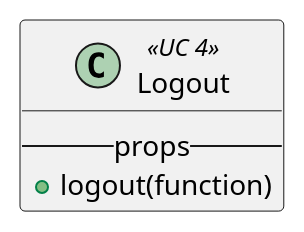
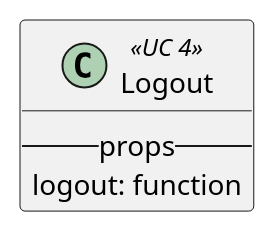
Before and after one commit to M9k/Marvin-Uml: the diagram in react/custom/logout.iuml, drawn with PlantUML. The commit also changed 15 other files, not shown here.

```diff
--- a/react/custom/logout.iuml
+++ b/react/custom/logout.iuml
@@ -1,4 +1,4 @@
 class Logout <<UC 4>>{
   --props--
-      + logout(function)
+      logout: function
 }
```
